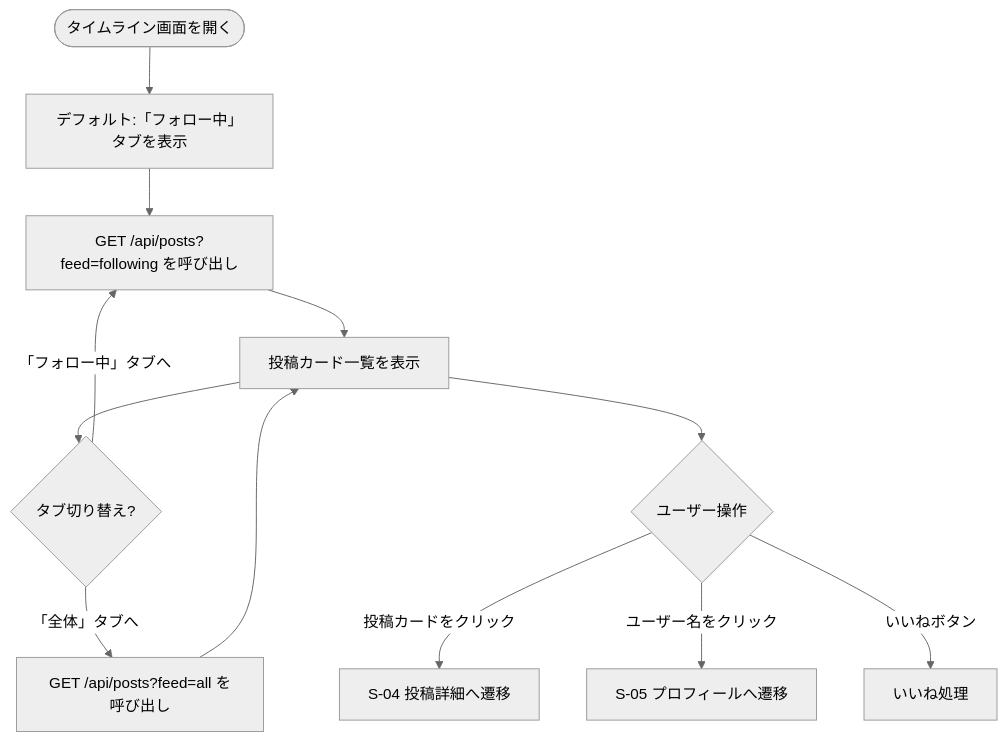
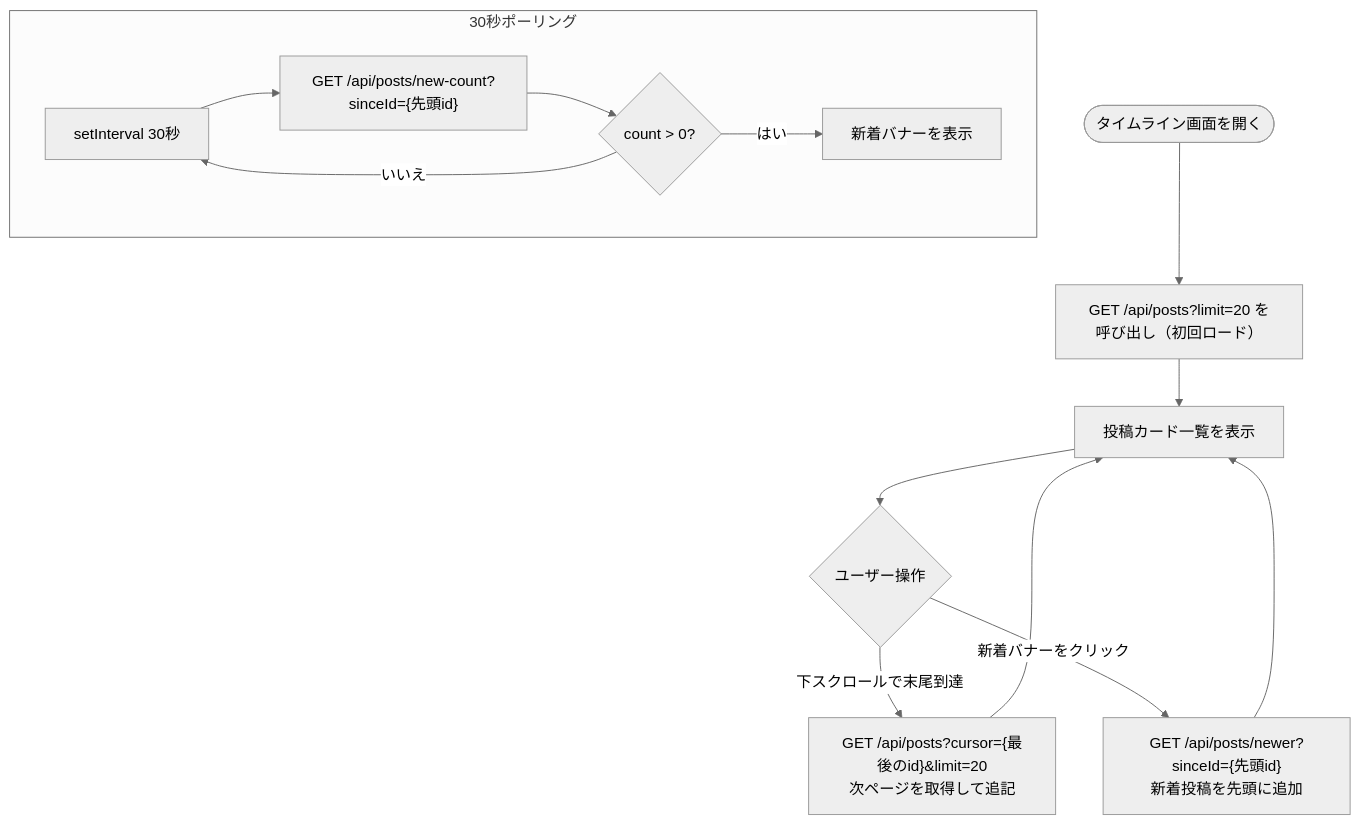
Before and after one commit to yamamotonaoki3/RaiseTimeLine: the diagram in docs/details/features/F03_timeline.md, drawn with Mermaid (neutral theme). The commit also changed other lines of this file and 3 other files, not shown here.

````diff
--- a/docs/details/features/F03_timeline.md
+++ b/docs/details/features/F03_timeline.md
@@ -24,14 +26,17 @@
 ```mermaid
 flowchart TD
-    A([タイムライン画面を開く]) --> B["デフォルト:「フォロー中」タブを表示"]
-    B --> C["GET /api/posts?feed=following を呼び出し"]
-    C --> D[投稿カード一覧を表示]
-    D --> E{タブ切り替え?}
-    E -- 「全体」タブへ --> F["GET /api/posts?feed=all を呼び出し"]
-    F --> D
-    E -- 「フォロー中」タブへ --> C
-    D --> G{ユーザー操作}
-    G -- 投稿カードをクリック --> H[S-04 投稿詳細へ遷移]
-    G -- ユーザー名をクリック --> I[S-05 プロフィールへ遷移]
-    G -- いいねボタン --> J[いいね処理]
+    A([タイムライン画面を開く]) --> B["GET /api/posts?limit=20 を呼び出し（初回ロード）"]
+    B --> C[投稿カード一覧を表示]
+    C --> D{ユーザー操作}
+    D -- 下スクロールで末尾到達 --> E["GET /api/posts?cursor={最後のid}&limit=20\n次ページを取得して追記"]
+    E --> C
+    D -- 新着バナーをクリック --> F["GET /api/posts/newer?sinceId={先頭id}\n新着投稿を先頭に追加"]
+    F --> C
+
+    subgraph 30秒ポーリング
+    P1[setInterval 30秒] --> P2["GET /api/posts/new-count?sinceId={先頭id}"]
+    P2 --> P3{count > 0?}
+    P3 -- はい --> P4[新着バナーを表示]
+    P3 -- いいえ --> P1
+    end
 ```
````
